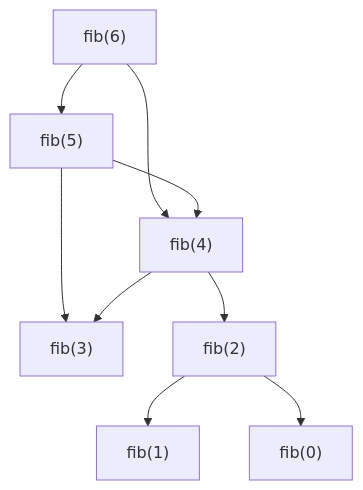
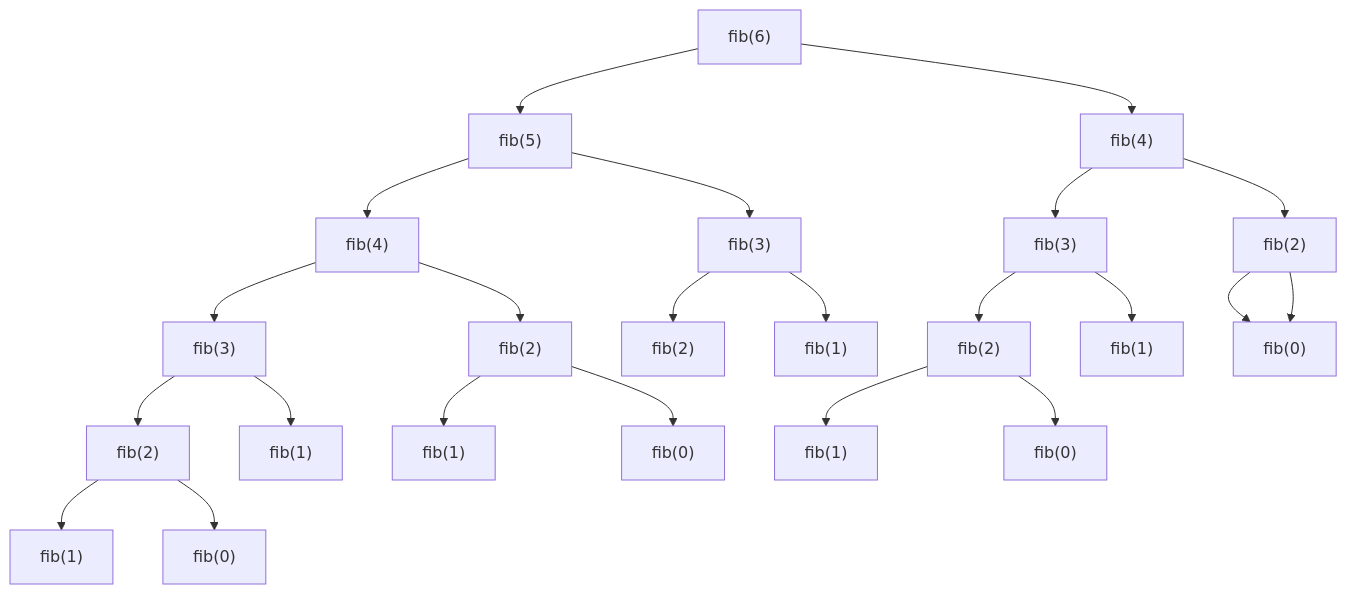
Before and after one commit to raganwald/raganwald.github.com: the second of 2 diagrams in _posts/2018-12-29-ayoayo.md, drawn with Mermaid.

Commit message:
second try at a tree

```diff
--- a/_posts/2018-12-29-ayoayo.md
+++ b/_posts/2018-12-29-ayoayo.md
@@ -1340,11 +1340,29 @@
 <div class="mermaid">
   graph TD
-    six["fib(6)"] --> five["fib(5)"]
-    six           --> four["fib(4)"]
-    five          --> four
-    five          --> three["fib(3)"]
-    four          --> three
-    four          --> two["fib(2)"]
-    two           --> one["fib(1)"]
-    two           --> zero["fib(0)"]
+    six["fib(6)"] --> six5["fib(5)"]
+    six           --> six4["fib(4)"]
+
+    six5          --> six54["fib(4)"]
+    six5          --> six53["fib(3)"]
+    six4          --> six43["fib(3)"]
+    six4          --> six42["fib(2)"]
+
+    six54         --> six543["fib(3)"]
+    six54         --> six542["fib(2)"]
+    six53         --> six532["fib(2)"]
+    six53         --> six531["fib(1)"]
+    six43         --> six432["fib(2)"]
+    six43         --> six431["fib(1)"]
+    six42         --> six421["fib(1)"]
+    six42         --> six421["fib(0)"]
+
+    six543        --> six5432["fib(2)"]
+    six543        --> six5431["fib(1)"]
+    six542        --> six5421["fib(1)"]
+    six542        --> six5420["fib(0)"]
+    six432        --> six4321["fib(1)"]
+    six432        --> six4320["fib(0)"]
+
+    six5432       --> six54321["fib(1)"]
+    six5432       --> six54320["fib(0)"]
 </div>
```
